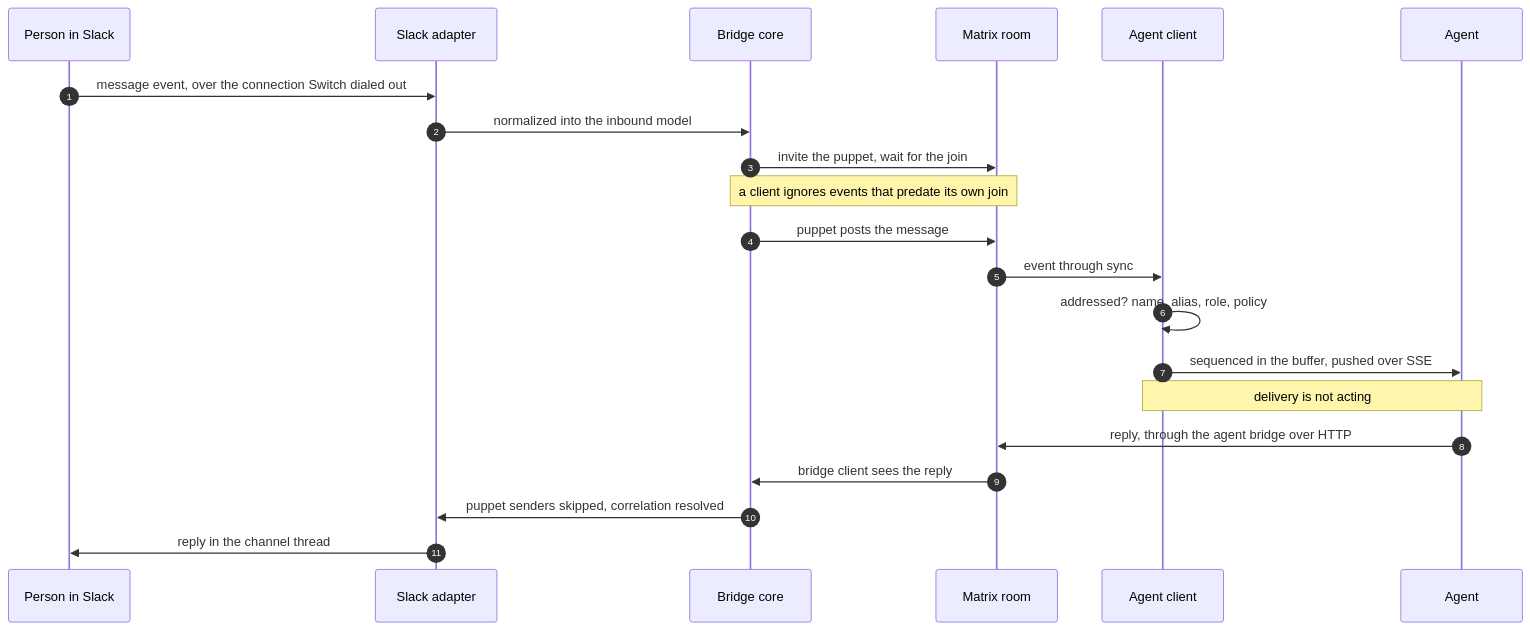
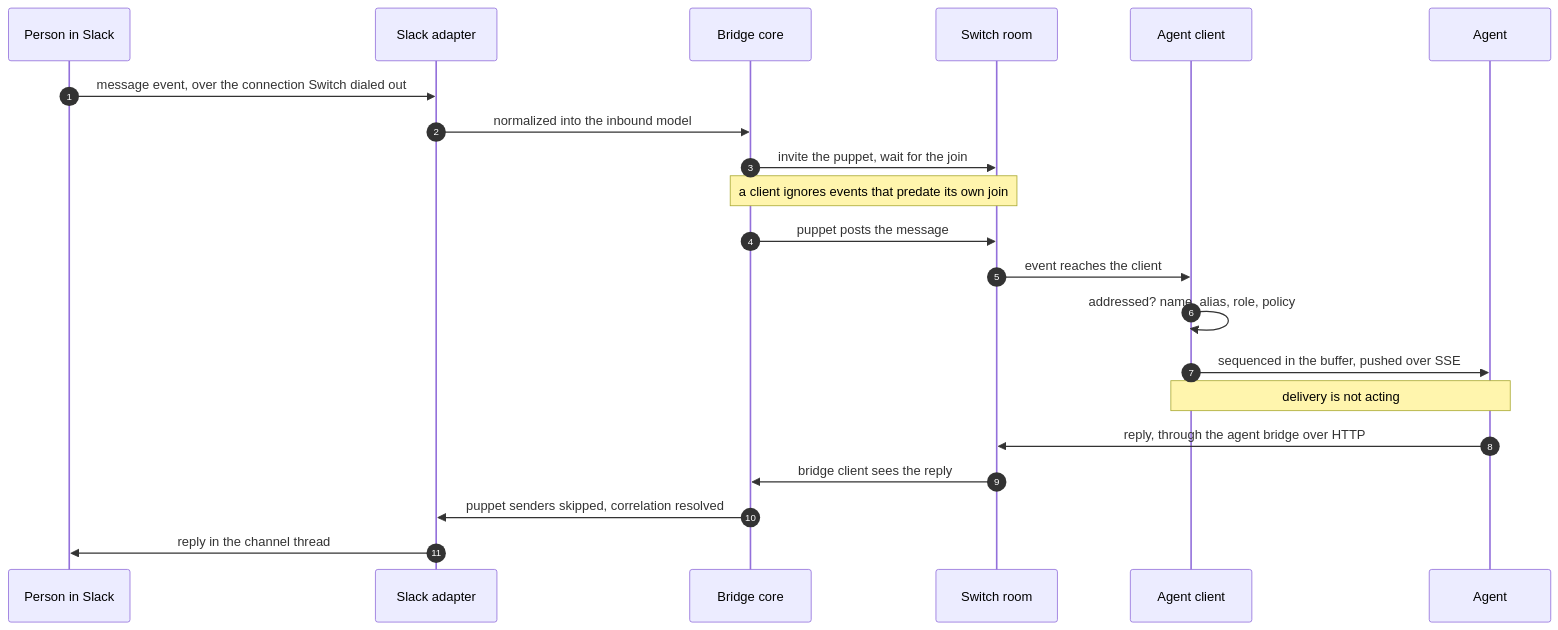
Before and after one commit to Chris-Willis/switch: the diagram in docs/official/internals/life-of-a-message.md, drawn with Mermaid. The commit also changed other lines of this file and 46 other files, not shown here.

First line of the commit message:
Stop describing Matrix as Switch's message bus in docs, Helm and comments

````diff
--- a/docs/official/internals/life-of-a-message.md
+++ b/docs/official/internals/life-of-a-message.md
@@ -11,24 +11,24 @@
 ```mermaid
 %%{init: {'themeVariables': {'fontSize': '13px'}}}%%
 sequenceDiagram
   autonumber
   participant P as Person in Slack
   participant SA as Slack adapter
   participant BC as Bridge core
-  participant MX as Matrix room
+  participant RM as Switch room
   participant AC as Agent client
   participant AG as Agent
   P->>SA: message event, over the connection Switch dialed out
   SA->>BC: normalized into the inbound model
-  BC->>MX: invite the puppet, wait for the join
-  Note over BC,MX: a client ignores events that predate its own join
-  BC->>MX: puppet posts the message
-  MX->>AC: event through sync
+  BC->>RM: invite the puppet, wait for the join
+  Note over BC,RM: a client ignores events that predate its own join
+  BC->>RM: puppet posts the message
+  RM->>AC: event reaches the client
   AC->>AC: addressed? name, alias, role, policy
   AC->>AG: sequenced in the buffer, pushed over SSE
   Note over AC,AG: delivery is not acting
-  AG->>MX: reply, through the agent bridge over HTTP
-  MX->>BC: bridge client sees the reply
+  AG->>RM: reply, through the agent bridge over HTTP
+  RM->>BC: bridge client sees the reply
   BC->>SA: puppet senders skipped, correlation resolved
   SA->>P: reply in the channel thread
 ```
````
